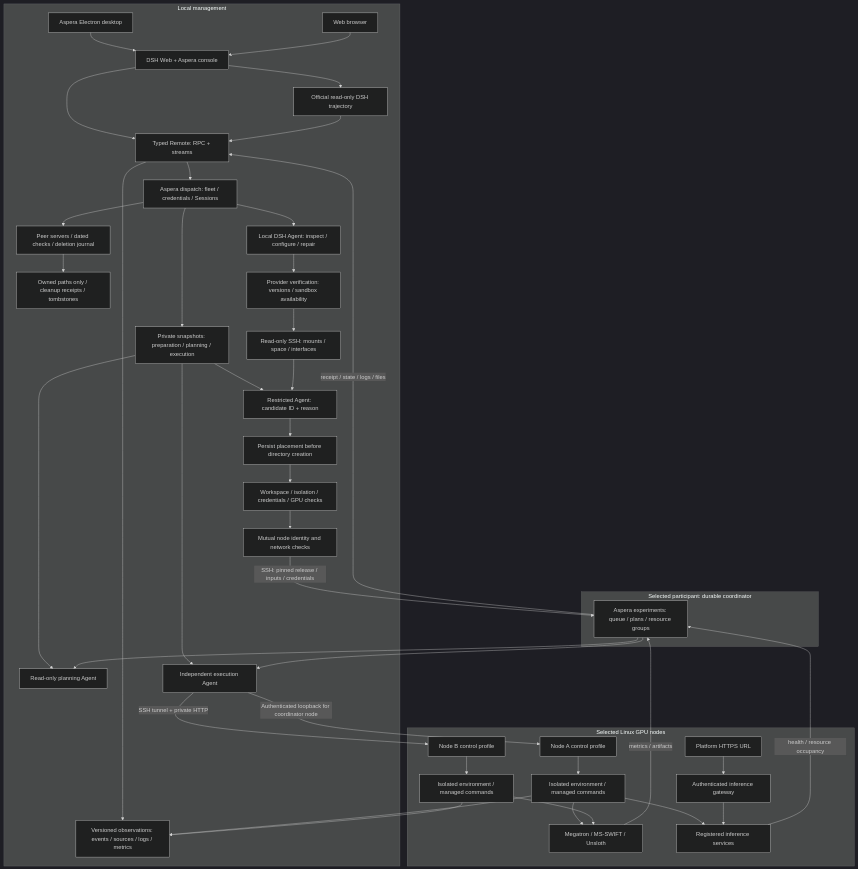
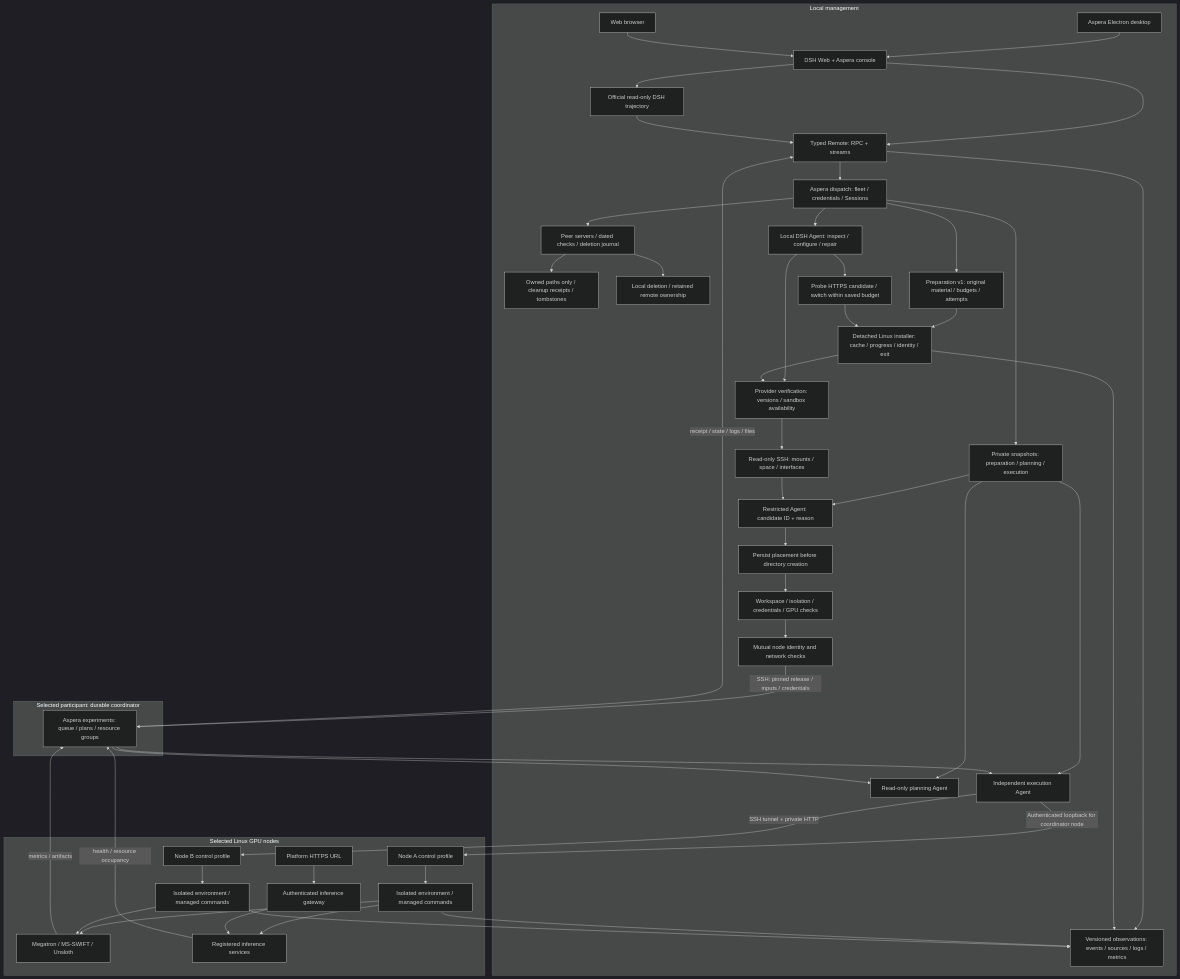
Before and after one commit to m4an5you6/aspera-agent: the first of 2 diagrams in extensions/aspera/docs/architecture.md, drawn with Mermaid (dark theme). The commit also changed other lines of this file and 86 other files, not shown here.

````diff
--- a/extensions/aspera/docs/architecture.md
+++ b/extensions/aspera/docs/architecture.md
@@ -40,49 +42,56 @@
 ```mermaid
 flowchart TB
   subgraph Local[Local management]
     Desktop[Aspera Electron desktop] --> Page[DSH Web + Aspera console]
     Browser[Web browser] --> Page
     Page --> Remote[Typed Remote: RPC + streams]
     Remote --> Fleet[Aspera dispatch: fleet / credentials / Sessions]
     Page --> Trace[Official read-only DSH trajectory]
     Trace --> Remote
     Remote --> Observations[Versioned observations: events / sources / logs / metrics]
     Fleet --> Management[Peer servers / dated checks / deletion journal]
     Management --> Cleanup[Owned paths only / cleanup receipts / tombstones]
+    Management --> Removal[Local deletion / retained remote ownership]
     Fleet --> Models[Private snapshots: preparation / planning / execution]
     Models --> Selection
     Models --> Planner
     Models --> Executor
     Fleet --> Preparation[Local DSH Agent: inspect / configure / repair]
     Preparation --> Checks[Provider verification: versions / sandbox availability]
     Checks --> Inventory[Read-only SSH: mounts / space / interfaces]
     Inventory --> Selection[Restricted Agent: candidate ID + reason]
     Selection --> Placement[Persist placement before directory creation]
     Placement --> Acceptance[Workspace / isolation / credentials / GPU checks]
+    Fleet --> InstallationJournal[Preparation v1: original material / budgets / attempts]
+    InstallationJournal --> Installer[Detached Linux installer: cache / progress / identity / exit]
+    Preparation --> Sources[Probe HTTPS candidate / switch within saved budget]
+    Sources --> Installer
+    Installer --> Checks
+    Installer --> Observations
     Acceptance --> Network[Mutual node identity and network checks]
   end
   subgraph Coordinator[Selected participant: durable coordinator]
     Queue[Aspera experiments: queue / plans / resource groups]
     Planner[Read-only planning Agent]
     Executor[Independent execution Agent]
     Queue --> Planner
     Queue --> Executor
   end
   Network -- SSH: pinned release / inputs / credentials --> Queue
   Queue -- receipt / state / logs / files --> Remote
   subgraph Nodes[Selected Linux GPU nodes]
     NodeA[Node A control profile] --> RunA[Isolated environment / managed commands]
     NodeB[Node B control profile] --> RunB[Isolated environment / managed commands]
     RunA --> Frameworks[Megatron / MS-SWIFT / Unsloth]
     RunB --> Frameworks
     RunA --> Service[Registered inference services]
     External[Platform HTTPS URL] --> Gateway[Authenticated inference gateway]
     Gateway --> Service
   end
   Executor -- Authenticated loopback for coordinator node --> NodeA
   Executor -- SSH tunnel + private HTTP --> NodeB
   RunA --> Observations
   RunB --> Observations
   Frameworks -- metrics / artifacts --> Queue
   Service -- health / resource occupancy --> Queue
 ```
````
